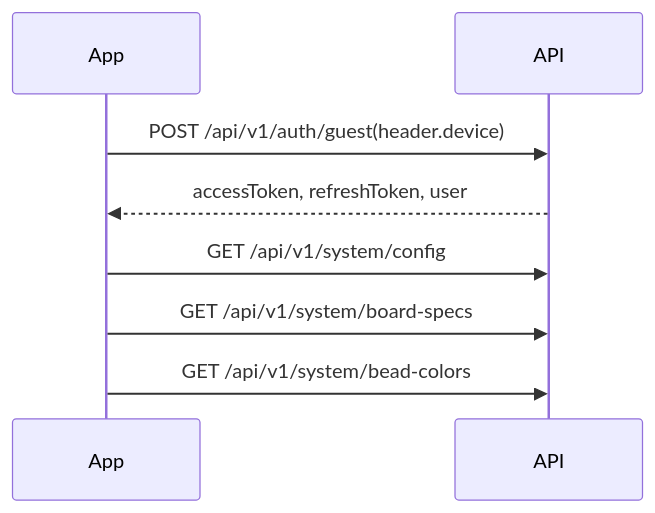
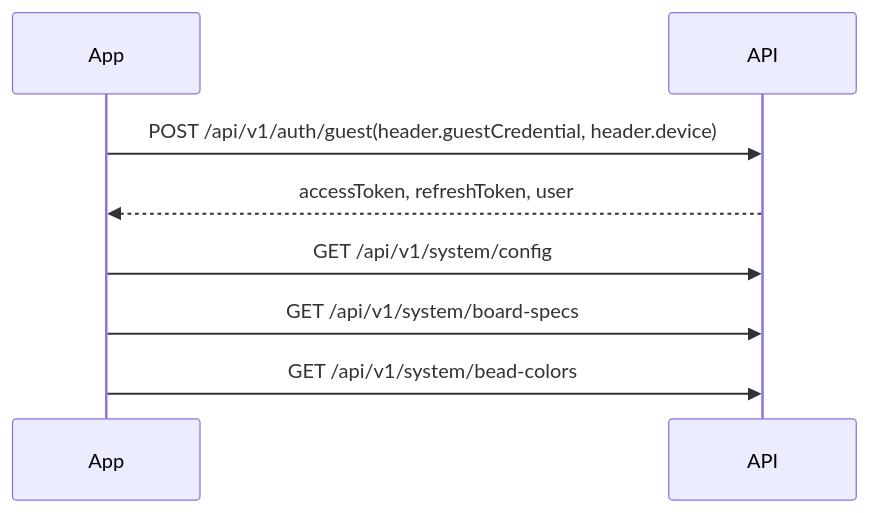
Before and after one commit to ZHAOJIABO/pinto_server: the first of 4 diagrams in docs/flutter-client-api-integration.md, drawn with Mermaid. The commit also changed other lines of this file and 9 other files, not shown here.

````diff
--- a/docs/flutter-client-api-integration.md
+++ b/docs/flutter-client-api-integration.md
@@ -282,10 +282,10 @@
 ```mermaid
 sequenceDiagram
     participant App
     participant API
-    App->>API: POST /api/v1/auth/guest(header.device)
+    App->>API: POST /api/v1/auth/guest(header.guestCredential, header.device)
     API-->>App: accessToken, refreshToken, user
     App->>API: GET /api/v1/system/config
     App->>API: GET /api/v1/system/board-specs
     App->>API: GET /api/v1/system/bead-colors
 ```
````
